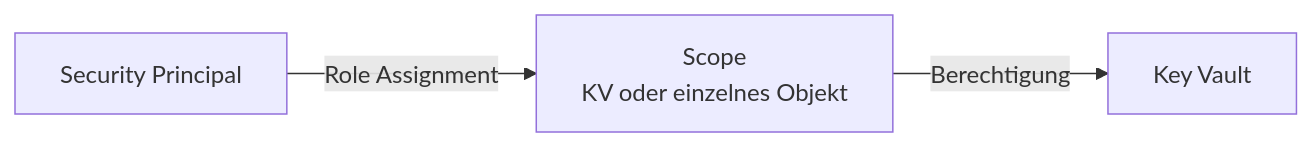
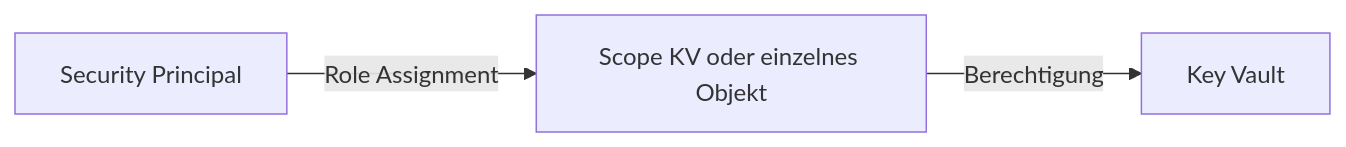
Before and after one commit to SoniiiT/notes-n-docs: the third of 5 diagrams in Microsoft 365/Azure/Identität und Schlüssel/Azure Key Vault.md, drawn with Mermaid. The commit also changed other lines of this file and 124 other files, not shown here.

First line of the commit message:
fix: Entferne \n aus allen Mermaid-Diagrammen (125 Dateien)

````diff
--- a/Microsoft 365/Azure/Identität und Schlüssel/Azure Key Vault.md
+++ b/Microsoft 365/Azure/Identität und Schlüssel/Azure Key Vault.md
@@ -125,5 +125,5 @@
 ```mermaid
 graph LR
-    SP[Security Principal] -->|Role Assignment| SCOPE[Scope\nKV oder einzelnes Objekt]
+    SP[Security Principal] -->|Role Assignment| SCOPE[Scope KV oder einzelnes Objekt]
     SCOPE -->|Berechtigung| KV[Key Vault]
 ```
````
